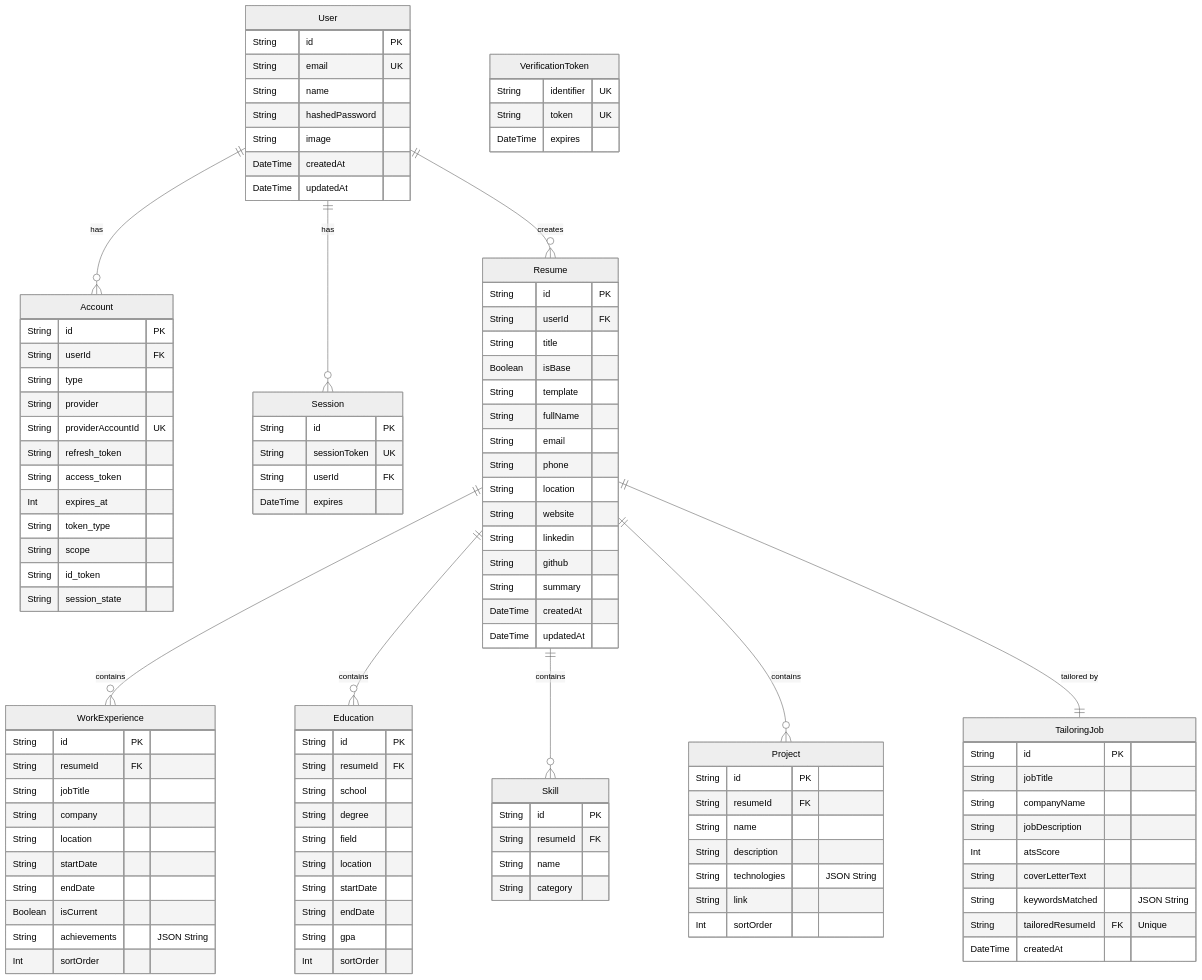
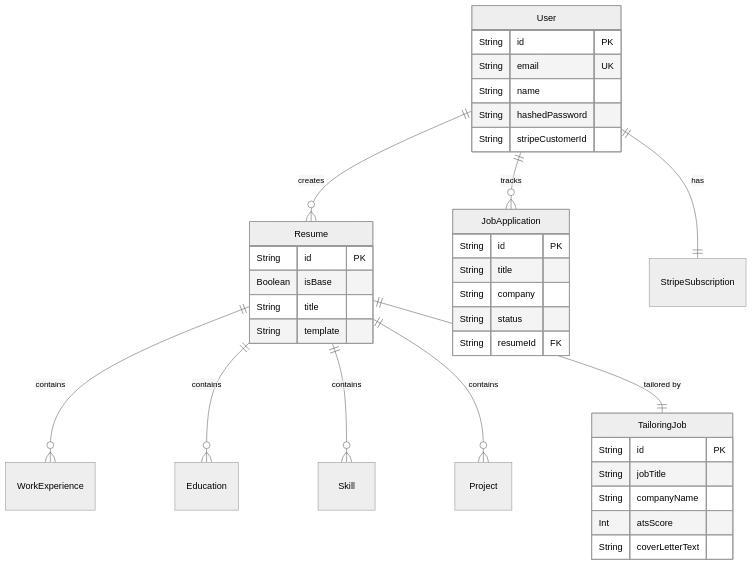
Before and after one commit to nasimuddinbd02/resume_builder: the second of 2 diagrams in README.md, drawn with Mermaid (neutral theme). The commit also changed other lines of this file and 29 other files, not shown here.

Commit message:
feat: Add job applications tracker, fix hydration errors, stripe integration, auto-track tailored applications, and rebrand landing page

````diff
--- a/README.md
+++ b/README.md
@@ -53,8 +65,8 @@
 ```mermaid
 erDiagram
-    User ||--o{ Account : "has"
-    User ||--o{ Session : "has"
     User ||--o{ Resume : "creates"
+    User ||--o{ JobApplication : "tracks"
+    User ||--|| StripeSubscription : "has"
     Resume ||--o{ WorkExperience : "contains"
     Resume ||--o{ Education : "contains"
     Resume ||--o{ Skill : "contains"
@@ -66,109 +78,29 @@
         String email UK
         String name
         String hashedPassword
-        String image
-        DateTime createdAt
-        DateTime updatedAt
-    }
-
-    Account {
-        String id PK
-        String userId FK
-        String type
-        String provider
-        String providerAccountId UK
-        String refresh_token
-        String access_token
-        Int expires_at
-        String token_type
-        String scope
-        String id_token
-        String session_state
-    }
-
-    Session {
-        String id PK
-        String sessionToken UK
-        String userId FK
-        DateTime expires
-    }
-
-    VerificationToken {
-        String identifier UK
-        String token UK
-        DateTime expires
+        String stripeCustomerId
     }
 
     Resume {
         String id PK
-        String userId FK
+        Boolean isBase
         String title
-        Boolean isBase
         String template
-        String fullName
-        String email
-        String phone
-        String location
-        String website
-        String linkedin
-        String github
-        String summary
-        DateTime createdAt
-        DateTime updatedAt
     }
 
-    WorkExperience {
+    JobApplication {
         String id PK
+        String title
+        String company
+        String status
         String resumeId FK
-        String jobTitle
-        String company
-        String location
-        String startDate
-        String endDate
-        Boolean isCurrent
-        String achievements "JSON String"
-        Int sortOrder
-    }
-
-    Education {
-        String id PK
-        String resumeId FK
-        String school
-        String degree
-        String field
-        String location
-        String startDate
-        String endDate
-        String gpa
-        Int sortOrder
-    }
-
-    Skill {
-        String id PK
-        String resumeId FK
-        String name
-        String category
-    }
-
-    Project {
-        String id PK
-        String resumeId FK
-        String name
-        String description
-        String technologies "JSON String"
-        String link
-        Int sortOrder
     }
 
     TailoringJob {
         String id PK
         String jobTitle
         String companyName
-        String jobDescription
         Int atsScore
         String coverLetterText
-        String keywordsMatched "JSON String"
-        String tailoredResumeId FK "Unique"
-        DateTime createdAt
     }
 ```
````
